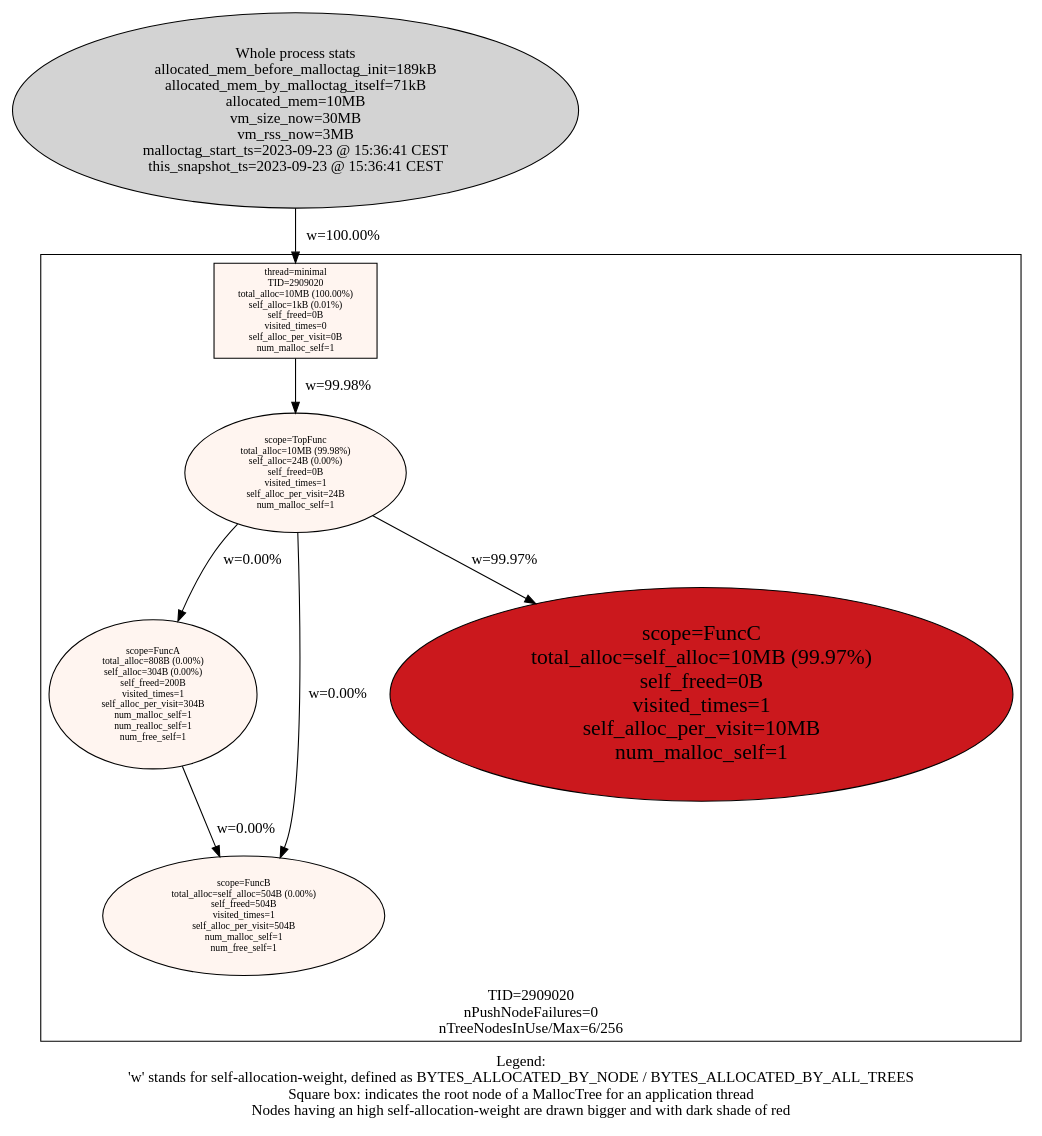
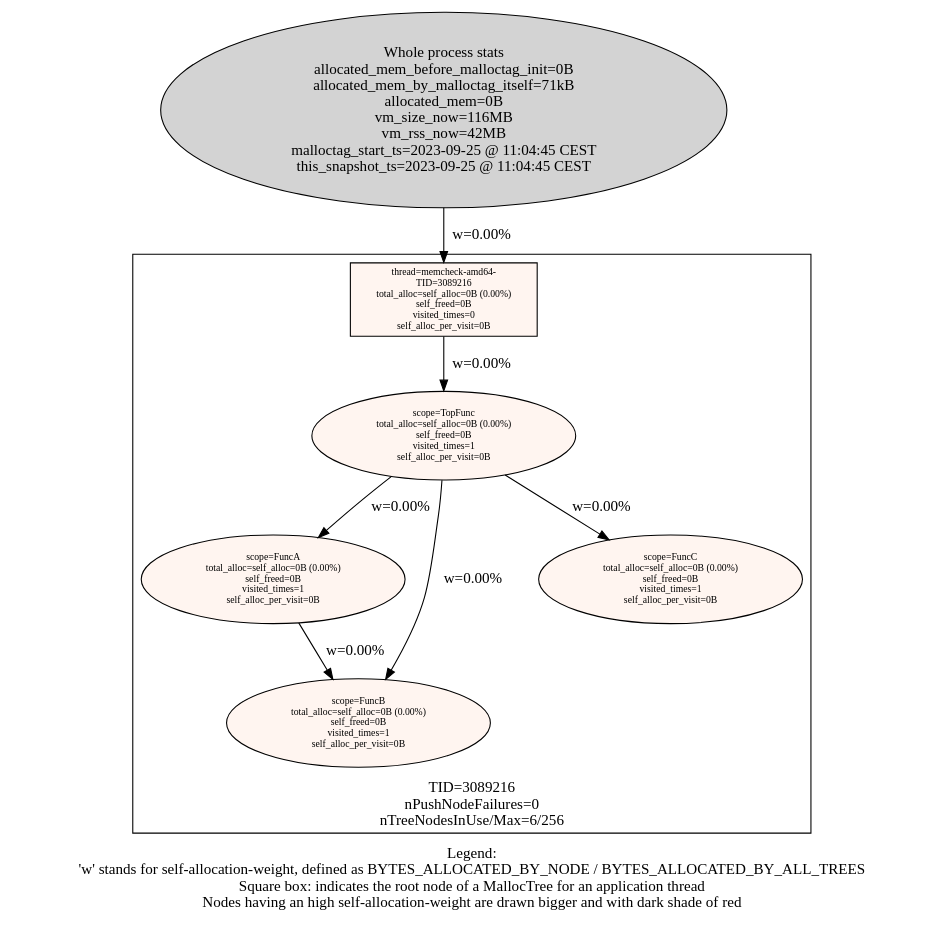
The diagram in examples/minimal/minimal_stats.dot (f18m/malloc-tag), drawn with Graphviz before and after one commit. The commit also changed 6 other files, not shown here.

```diff
--- a/examples/minimal/minimal_stats.dot
+++ b/examples/minimal/minimal_stats.dot
@@ -1,31 +1,31 @@
 digraph AllMallocTrees {
  node [colorscheme=reds9 style=filled]
-  "Process 2909020" [label="Whole process stats\nallocated_mem_before_malloctag_init=189kB\nallocated_mem_by_malloctag_itself=71kB\nallocated_mem=10MB\nvm_size_now=30MB\nvm_rss_now=3MB\nmalloctag_start_ts=2023-09-23 @ 15:36:41 CEST\nthis_snapshot_ts=2023-09-23 @ 15:36:41 CEST\n"
+  "Process 3089216" [label="Whole process stats\nallocated_mem_before_malloctag_init=0B\nallocated_mem_by_malloctag_itself=71kB\nallocated_mem=0B\nvm_size_now=116MB\nvm_rss_now=42MB\nmalloctag_start_ts=2023-09-25 @ 11:04:45 CEST\nthis_snapshot_ts=2023-09-25 @ 11:04:45 CEST\n"
 ]
- subgraph cluster_TID2909020 {
+ subgraph cluster_TID3089216 {
   node [colorscheme=reds9 style=filled]
   labelloc="b"
-  label="TID=2909020\nnPushNodeFailures=0\nnTreeNodesInUse/Max=6/256\n"
-  "2909020_minimal" [label="thread=minimal\nTID=2909020\ntotal_alloc=10MB (100.00%)\nself_alloc=1kB (0.01%)\nself_freed=0B\nvisited_times=0\nself_alloc_per_visit=0B\nnum_malloc_self=1\n"
+  label="TID=3089216\nnPushNodeFailures=0\nnTreeNodesInUse/Max=6/256\n"
+  "3089216_memcheck-amd64-" [label="thread=memcheck-amd64-\nTID=3089216\ntotal_alloc=self_alloc=0B (0.00%)\nself_freed=0B\nvisited_times=0\nself_alloc_per_visit=0B\n"
  shape=box fillcolor=1 fontsize=9]
-  "2909020_minimal" -> "2909020_TopFunc" [label="w=99.98%"]
-  "2909020_TopFunc" [label="scope=TopFunc\ntotal_alloc=10MB (99.98%)\nself_alloc=24B (0.00%)\nself_freed=0B\nvisited_times=1\nself_alloc_per_visit=24B\nnum_malloc_self=1\n"
+  "3089216_memcheck-amd64-" -> "3089216_TopFunc" [label="w=0.00%"]
+  "3089216_TopFunc" [label="scope=TopFunc\ntotal_alloc=self_alloc=0B (0.00%)\nself_freed=0B\nvisited_times=1\nself_alloc_per_visit=0B\n"
  fillcolor=1 fontsize=9]
-  "2909020_TopFunc" -> "2909020_FuncA" [label="w=0.00%"]
-  "2909020_TopFunc" -> "2909020_FuncB" [label="w=0.00%"]
-  "2909020_TopFunc" -> "2909020_FuncC" [label="w=99.97%"]
-  "2909020_FuncA" [label="scope=FuncA\ntotal_alloc=808B (0.00%)\nself_alloc=304B (0.00%)\nself_freed=200B\nvisited_times=1\nself_alloc_per_visit=304B\nnum_malloc_self=1\nnum_realloc_self=1\nnum_free_self=1\n"
+  "3089216_TopFunc" -> "3089216_FuncA" [label="w=0.00%"]
+  "3089216_TopFunc" -> "3089216_FuncB" [label="w=0.00%"]
+  "3089216_TopFunc" -> "3089216_FuncC" [label="w=0.00%"]
+  "3089216_FuncA" [label="scope=FuncA\ntotal_alloc=self_alloc=0B (0.00%)\nself_freed=0B\nvisited_times=1\nself_alloc_per_visit=0B\n"
  fillcolor=1 fontsize=9]
-  "2909020_FuncA" -> "2909020_FuncB" [label="w=0.00%"]
-  "2909020_FuncB" [label="scope=FuncB\ntotal_alloc=self_alloc=504B (0.00%)\nself_freed=504B\nvisited_times=1\nself_alloc_per_visit=504B\nnum_malloc_self=1\nnum_free_self=1\n"
+  "3089216_FuncA" -> "3089216_FuncB" [label="w=0.00%"]
+  "3089216_FuncB" [label="scope=FuncB\ntotal_alloc=self_alloc=0B (0.00%)\nself_freed=0B\nvisited_times=1\nself_alloc_per_visit=0B\n"
  fillcolor=1 fontsize=9]
-  "2909020_FuncB" [label="scope=FuncB\ntotal_alloc=self_alloc=504B (0.00%)\nself_freed=504B\nvisited_times=1\nself_alloc_per_visit=504B\nnum_malloc_self=1\nnum_free_self=1\n"
+  "3089216_FuncB" [label="scope=FuncB\ntotal_alloc=self_alloc=0B (0.00%)\nself_freed=0B\nvisited_times=1\nself_alloc_per_visit=0B\n"
  fillcolor=1 fontsize=9]
-  "2909020_FuncC" [label="scope=FuncC\ntotal_alloc=self_alloc=10MB (99.97%)\nself_freed=0B\nvisited_times=1\nself_alloc_per_visit=10MB\nnum_malloc_self=1\n"
- fillcolor=7 fontsize=20]
+  "3089216_FuncC" [label="scope=FuncC\ntotal_alloc=self_alloc=0B (0.00%)\nself_freed=0B\nvisited_times=1\nself_alloc_per_visit=0B\n"
+ fillcolor=1 fontsize=9]
  }
 
-  "Process 2909020" -> "2909020_minimal" [label="w=100.00%"]
+  "Process 3089216" -> "3089216_memcheck-amd64-" [label="w=0.00%"]
  labelloc="b"
  label="Legend:\n'w' stands for self-allocation-weight, defined as BYTES_ALLOCATED_BY_NODE / BYTES_ALLOCATED_BY_ALL_TREES\nSquare box: indicates the root node of a MallocTree for an application thread\nNodes having an high self-allocation-weight are drawn bigger and with dark shade of red\n"
 }
```
